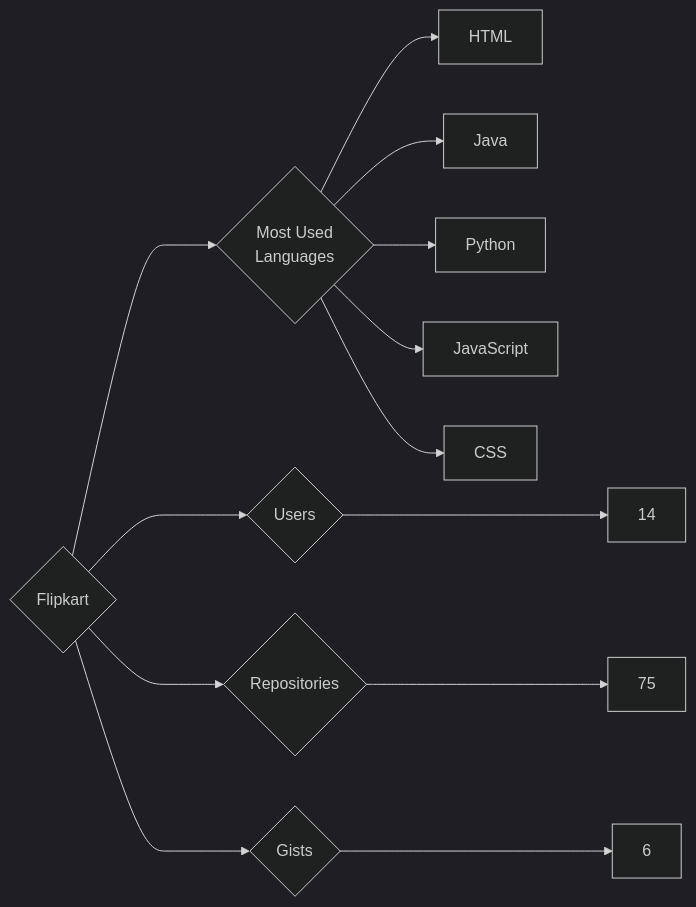
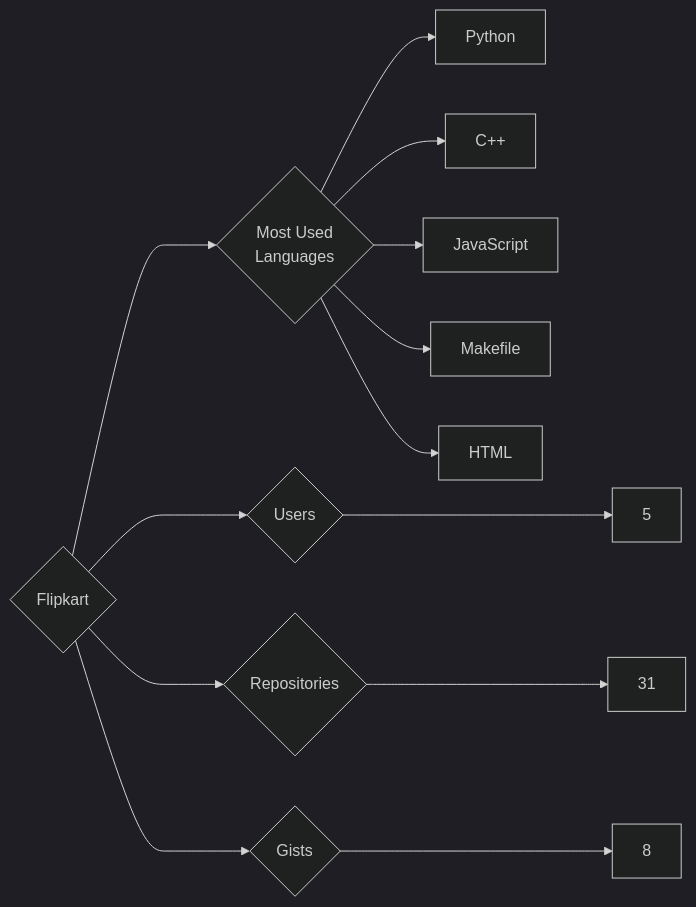
One commit to trickest/insiders changed the diagram in targets/Flipkart/README.md. Above: the diagram before and after it, drawn with Mermaid (dark theme). The commit also changed 815 other files, not shown here.

````diff
--- a/targets/Flipkart/README.md
+++ b/targets/Flipkart/README.md
@@ -3,13 +3,13 @@
 ```mermaid
 graph LR
 COMPANY_NAME{Flipkart}
-COMPANY_NAME ---> U{Users} ---> UN[14]
-COMPANY_NAME ---> R{Repositories} ---> RN[75]
-COMPANY_NAME ---> G{Gists} ---> GN[6]
+COMPANY_NAME ---> U{Users} ---> UN[5]
+COMPANY_NAME ---> R{Repositories} ---> RN[31]
+COMPANY_NAME ---> G{Gists} ---> GN[8]
 COMPANY_NAME ---> ML{Most Used<br>Languages}
+ML --> Python[Python]
+ML --> C++[C++]
+ML --> JavaScript[JavaScript]
+ML --> Makefile[Makefile]
 ML --> HTML[HTML]
-ML --> Java[Java]
-ML --> Python[Python]
-ML --> JavaScript[JavaScript]
-ML --> CSS[CSS]
 ```
````
